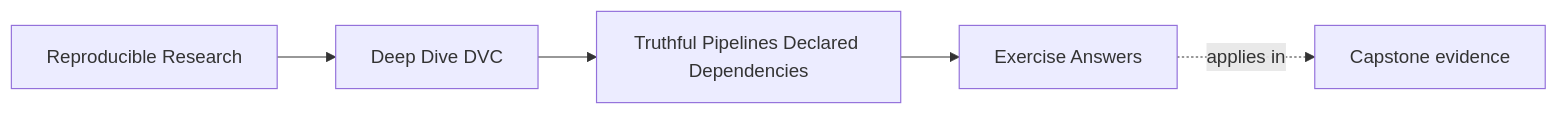
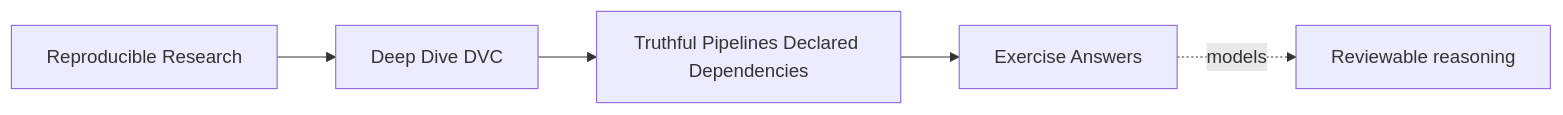
The first of 3 diagrams in programs/reproducible-research/deep-dive-dvc/course-book/module-04-truthful-pipelines-declared-dependencies/exercise-answers.md (bijux/bijux-masterclass), drawn with Mermaid before and after one commit. The commit also changed other lines of this file, not shown here.

Commit message:
docs(dvc): teach stage contract answer reasoning

````diff
--- a/programs/reproducible-research/deep-dive-dvc/course-book/module-04-truthful-pipelines-declared-dependencies/exercise-answers.md
+++ b/programs/reproducible-research/deep-dive-dvc/course-book/module-04-truthful-pipelines-declared-dependencies/exercise-answers.md
@@ -7,11 +6,11 @@
 ```mermaid
 graph LR
   family["Reproducible Research"]
   program["Deep Dive DVC"]
   section["Truthful Pipelines Declared Dependencies"]
   page["Exercise Answers"]
-  capstone["Capstone evidence"]
+  packet["Reviewable reasoning"]
 
   family --> program --> section --> page
-  page -.applies in.-> capstone
+  page -.models.-> packet
 ```
````
